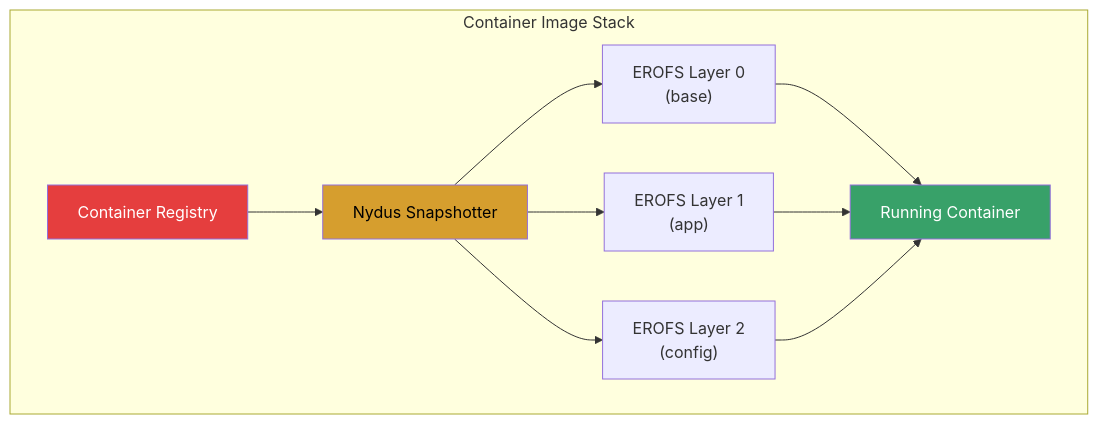
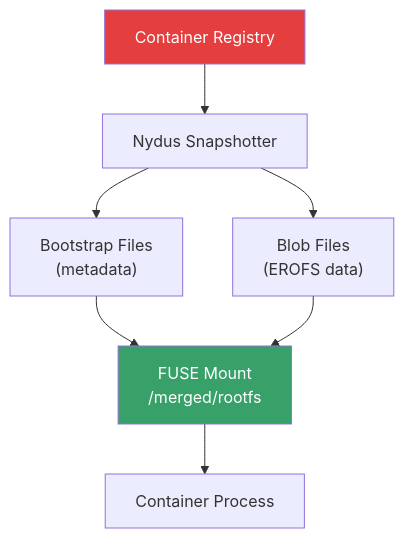
The fourth of 5 diagrams in src/kernel/filesystems/erofs.md (Abhinav-Kumar012/lb2), drawn with Mermaid before and after one commit. The commit also changed other lines of this file and 16 other files, not shown here.

````diff
--- a/src/kernel/filesystems/erofs.md
+++ b/src/kernel/filesystems/erofs.md
@@ -199,16 +240,12 @@
 ```mermaid
 graph TD
-    subgraph "Container Image Stack"
-        REG["Container Registry"] --> NY["Nydus Snapshotter"]
-        NY --> EROFS_L0["EROFS Layer 0<br/>(base)"]
-        NY --> EROFS_L1["EROFS Layer 1<br/>(app)"]
-        NY --> EROFS_L2["EROFS Layer 2<br/>(config)"]
-        EROFS_L0 --> CONTAINER["Running Container"]
-        EROFS_L1 --> CONTAINER
-        EROFS_L2 --> CONTAINER
-    end
+    REG["Container Registry"] --> PULL["Nydus Snapshotter"]
+    PULL --> BOOT["Bootstrap Files<br/>(metadata)"]
+    PULL --> BLOB["Blob Files<br/>(EROFS data)"]
+    BOOT --> MOUNT["FUSE Mount<br/>/merged/rootfs"]
+    BLOB --> MOUNT
+    MOUNT --> CONTAINER["Container Process"]
 
     style REG fill:#e53e3e,color:#fff
-    style NY fill:#d69e2e,color:#000
-    style CONTAINER fill:#38a169,color:#fff
+    style MOUNT fill:#38a169,color:#fff
 ```
````
